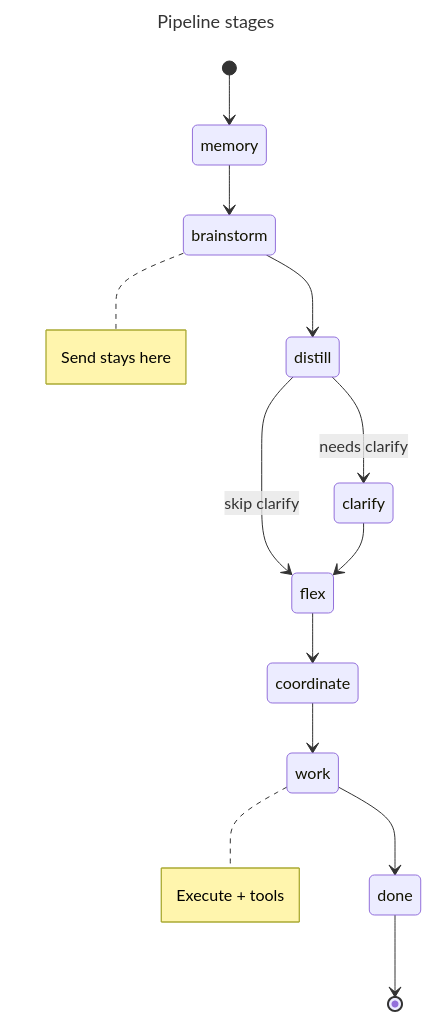
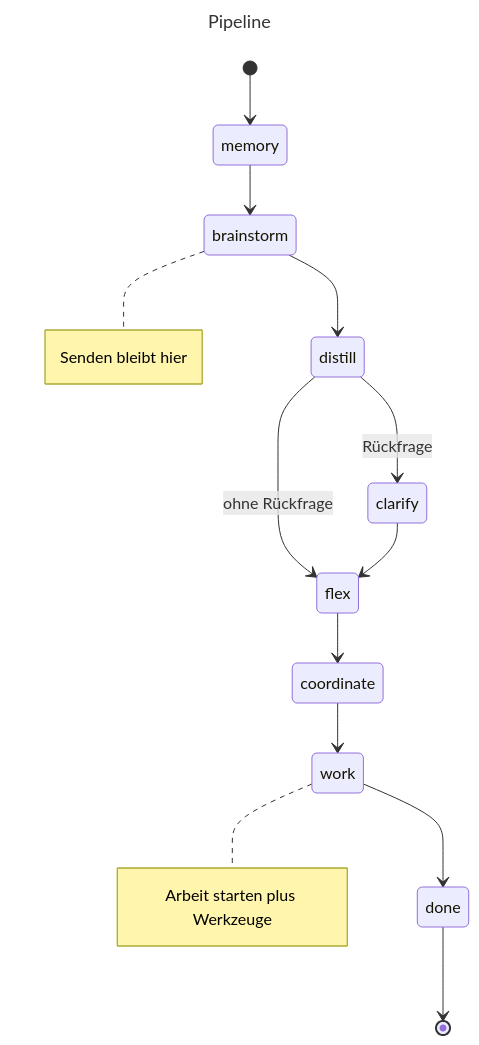
The diagram in README.md (landjunge/gnom-hub-v1), drawn with Mermaid before and after one commit. The commit also changed other lines of this file and 4 other files, not shown here.

First line of the commit message:
docs(readme): R10 Deutsch, Senden und Arbeit starten

````diff
--- a/README.md
+++ b/README.md
@@ -382,19 +181,19 @@
 ```mermaid
 ---
-title: Pipeline stages
+title: Pipeline
 ---
 stateDiagram-v2
   [*] --> memory
   memory --> brainstorm
   brainstorm --> distill
-  distill --> clarify: needs clarify
-  distill --> flex: skip clarify
+  distill --> clarify: Rückfrage
+  distill --> flex: ohne Rückfrage
   clarify --> flex
   flex --> coordinate
   coordinate --> work
   work --> done
   done --> [*]
 
-  note right of brainstorm: Send stays here
-  note right of work: Execute + tools
+  note right of brainstorm: Senden bleibt hier
+  note right of work: Arbeit starten plus Werkzeuge
 ```
````
